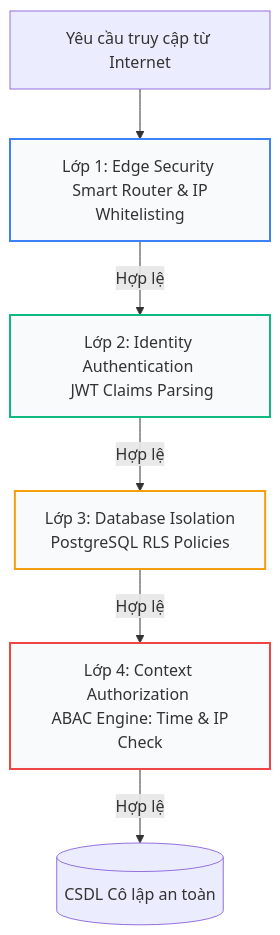
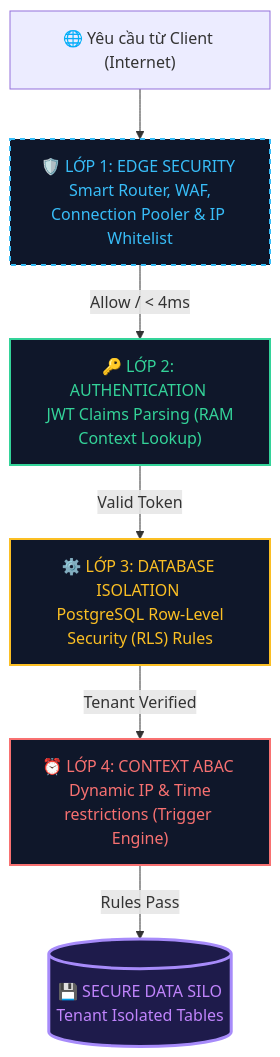
Before and after one commit to Rochthii/secure-multitenant-saas: the diagram in docs/GRADUATION_WALKTHROUGH.md, drawn with Mermaid. The commit also changed other lines of this file and 20 other files, not shown here.

Commit message:
docs(academic): update thesis roadmap in README with advanced research topics and commit improvements

````diff
--- a/docs/GRADUATION_WALKTHROUGH.md
+++ b/docs/GRADUATION_WALKTHROUGH.md
@@ -29,13 +29,20 @@
 ```mermaid
 graph TD
-    Request[Yêu cầu truy cập từ Internet] --> L1[Lớp 1: Edge Security <br> Smart Router & IP Whitelisting]
-    L1 -- Hợp lệ --> L2[Lớp 2: Identity Authentication <br> JWT Claims Parsing]
-    L2 -- Hợp lệ --> L3[Lớp 3: Database Isolation <br> PostgreSQL RLS Policies]
-    L3 -- Hợp lệ --> L4[Lớp 4: Context Authorization <br> ABAC Engine: Time & IP Check]
-    L4 -- Hợp lệ --> Database[(CSDL Cô lập an toàn)]
-    
-    style L1 fill:#f8fafc,stroke:#3b82f6,stroke-width:2px
-    style L2 fill:#f8fafc,stroke:#10b981,stroke-width:2px
-    style L3 fill:#f8fafc,stroke:#f59e0b,stroke-width:2px
-    style L4 fill:#f8fafc,stroke:#ef4444,stroke-width:2px
+    classDef edgeSec fill:#0f172a,stroke:#38bdf8,stroke-width:2px,color:#38bdf8,stroke-dasharray: 5 5;
+    classDef identAuth fill:#0f172a,stroke:#34d399,stroke-width:2px,color:#34d399;
+    classDef dbIso fill:#0f172a,stroke:#fbbf24,stroke-width:2px,color:#fbbf24;
+    classDef ctxAuth fill:#0f172a,stroke:#f87171,stroke-width:2px,color:#f87171;
+    classDef dbSecure fill:#1e1b4b,stroke:#a78bfa,stroke-width:3px,color:#c084fc;
+
+    Request["🌐 Yêu cầu từ Client (Internet)"] --> L1["🛡️ LỚP 1: EDGE SECURITY <br> Smart Router, WAF, Connection Pooler & IP Whitelist"]
+    L1 -->|Allow / < 4ms| L2["🔑 LỚP 2: AUTHENTICATION <br> JWT Claims Parsing (RAM Context Lookup)"]
+    L2 -->|Valid Token| L3["⚙️ LỚP 3: DATABASE ISOLATION <br> PostgreSQL Row-Level Security (RLS) Rules"]
+    L3 -->|Tenant Verified| L4["⏰ LỚP 4: CONTEXT ABAC <br> Dynamic IP & Time restrictions (Trigger Engine)"]
+    L4 -->|Rules Pass| Database[("💾 SECURE DATA SILO <br> Tenant Isolated Tables")]
+
+    class L1 edgeSec;
+    class L2 identAuth;
+    class L3 dbIso;
+    class L4 ctxAuth;
+    class Database dbSecure;
 ```
````
